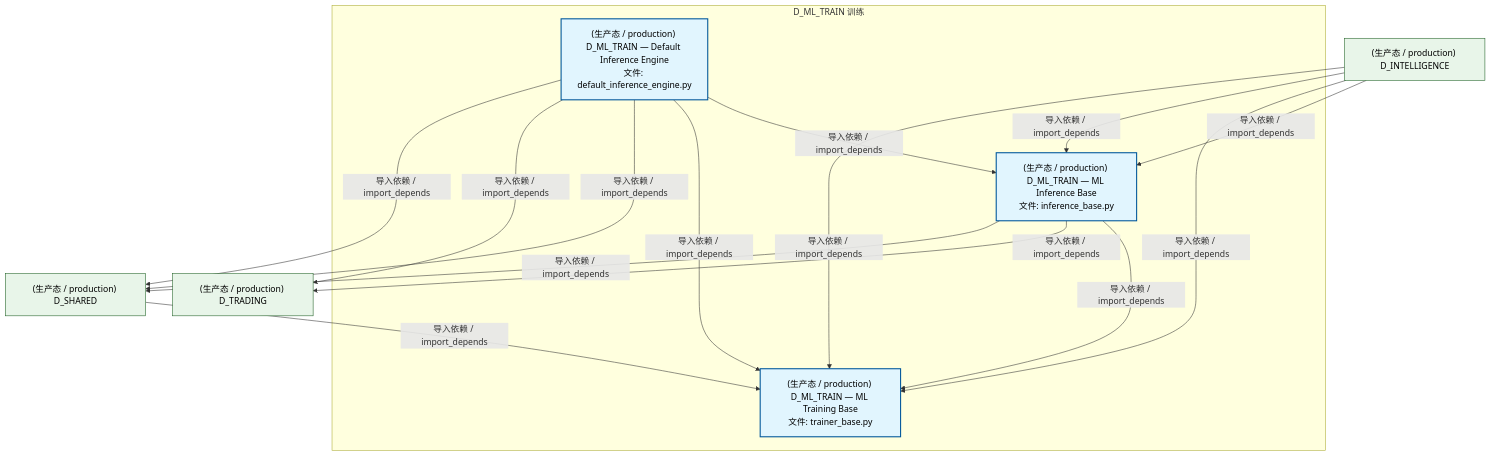
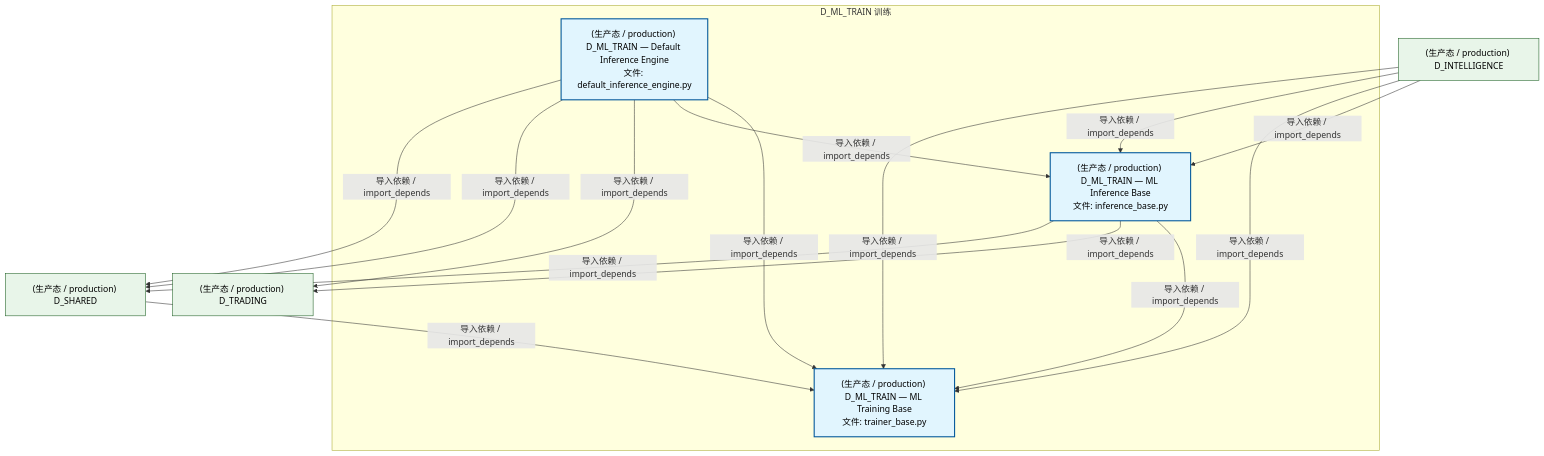
One commit to xuanFelixVan/ZephyrAlpha changed the second of 4 diagrams in docs/02_enterprise_architecture/02_domain_architecture_docs/49_d_ml_train.md. Above: the diagram before and after it, drawn with Mermaid. The commit also changed other lines of this file and 128 other files, not shown here.

````diff
--- a/docs/02_enterprise_architecture/02_domain_architecture_docs/49_d_ml_train.md
+++ b/docs/02_enterprise_architecture/02_domain_architecture_docs/49_d_ml_train.md
@@ -101,30 +101,30 @@
 ```mermaid
 graph TD
     subgraph D_ML_TRAIN["D_ML_TRAIN 训练"]
         src_zephyr_ml_train_implementations_default_inference_engine_py["(生产态 / production) D_ML_TRAIN — Default Inference Engine<br/>文件: default_inference_engine.py"]
         src_zephyr_ml_train_inference_base_py["(生产态 / production) D_ML_TRAIN — ML Inference Base<br/>文件: inference_base.py"]
         src_zephyr_ml_train_trainer_base_py["(生产态 / production) D_ML_TRAIN — ML Training Base<br/>文件: trainer_base.py"]
     end
     src_zephyr_ml_train_inference_base_py -->|导入依赖 / import_depends| src_zephyr_ml_train_trainer_base_py
+    src_zephyr_ml_train_implementations_default_inference_engine_py -->|导入依赖 / import_depends| src_zephyr_ml_train_trainer_base_py
     src_zephyr_ml_train_implementations_default_inference_engine_py -->|导入依赖 / import_depends| src_zephyr_ml_train_inference_base_py
-    src_zephyr_ml_train_implementations_default_inference_engine_py -->|导入依赖 / import_depends| src_zephyr_ml_train_trainer_base_py
     D_TRADING["(生产态 / production) D_TRADING"]
     src_zephyr_ml_train_inference_base_py -->|导入依赖 / import_depends| D_TRADING
     D_SHARED["(生产态 / production) D_SHARED"]
     src_zephyr_ml_train_inference_base_py -->|导入依赖 / import_depends| D_SHARED
+    src_zephyr_ml_train_implementations_default_inference_engine_py -->|导入依赖 / import_depends| D_TRADING
     src_zephyr_ml_train_implementations_default_inference_engine_py -->|导入依赖 / import_depends| D_SHARED
-    src_zephyr_ml_train_implementations_default_inference_engine_py -->|导入依赖 / import_depends| D_TRADING
     src_zephyr_ml_train_implementations_default_inference_engine_py -->|导入依赖 / import_depends| D_SHARED
     D_INTELLIGENCE["(生产态 / production) D_INTELLIGENCE"]
     D_INTELLIGENCE -->|导入依赖 / import_depends| src_zephyr_ml_train_inference_base_py
     D_INTELLIGENCE -->|导入依赖 / import_depends| src_zephyr_ml_train_trainer_base_py
     D_SHARED -->|导入依赖 / import_depends| src_zephyr_ml_train_trainer_base_py
     D_INTELLIGENCE -->|导入依赖 / import_depends| src_zephyr_ml_train_inference_base_py
     D_INTELLIGENCE -->|导入依赖 / import_depends| src_zephyr_ml_train_trainer_base_py
     classDef production fill:#e1f5fe,stroke:#01579b,stroke-width:2px,color:#000
     classDef design fill:#fff3e0,stroke:#e65100,stroke-width:2px,color:#000,stroke-dasharray: 5 5
     classDef external_prod fill:#e8f5e9,stroke:#1b5e20,stroke-width:1px,color:#000
     classDef external_design fill:#fce4ec,stroke:#880e4f,stroke-width:1px,color:#000,stroke-dasharray: 5 5
     class src_zephyr_ml_train_implementations_default_inference_engine_py,src_zephyr_ml_train_inference_base_py,src_zephyr_ml_train_trainer_base_py production
     class D_TRADING,D_SHARED,D_INTELLIGENCE external_prod
 ```
````
